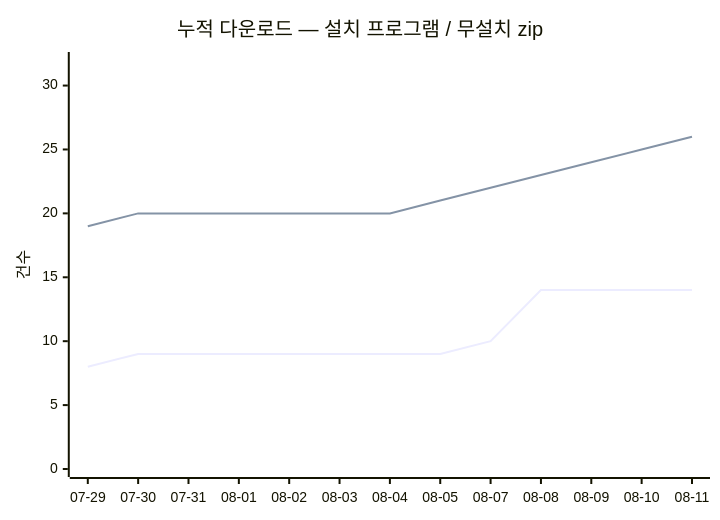
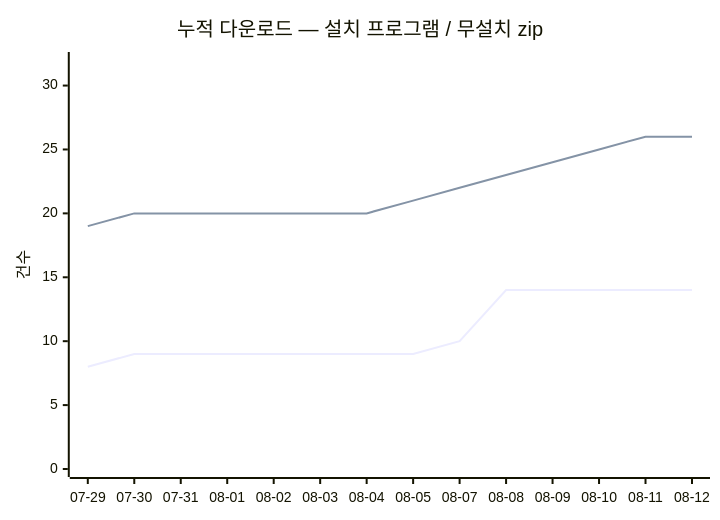
One commit to dodaseo/ibis-releases changed the diagram in README.md. Above: the diagram before and after it, drawn with Mermaid. The commit also changed other lines of this file and 2 other files, not shown here.

Commit message:
chore(stats): 다운로드 스냅숏 2026-08-12

````diff
--- a/README.md
+++ b/README.md
@@ -144,8 +144,8 @@
 ```mermaid
 xychart-beta
     title "누적 다운로드 — 설치 프로그램 / 무설치 zip"
-    x-axis [07-29, 07-30, 07-31, 08-01, 08-02, 08-03, 08-04, 08-05, 08-07, 08-08, 08-09, 08-10, 08-11]
+    x-axis [07-29, 07-30, 07-31, 08-01, 08-02, 08-03, 08-04, 08-05, 08-07, 08-08, 08-09, 08-10, 08-11, 08-12]
     y-axis "건수" 0 --> 32
-    line [8, 9, 9, 9, 9, 9, 9, 9, 10, 14, 14, 14, 14]
-    line [19, 20, 20, 20, 20, 20, 20, 21, 22, 23, 24, 25, 26]
+    line [8, 9, 9, 9, 9, 9, 9, 9, 10, 14, 14, 14, 14, 14]
+    line [19, 20, 20, 20, 20, 20, 20, 21, 22, 23, 24, 25, 26, 26]
 ```
````
